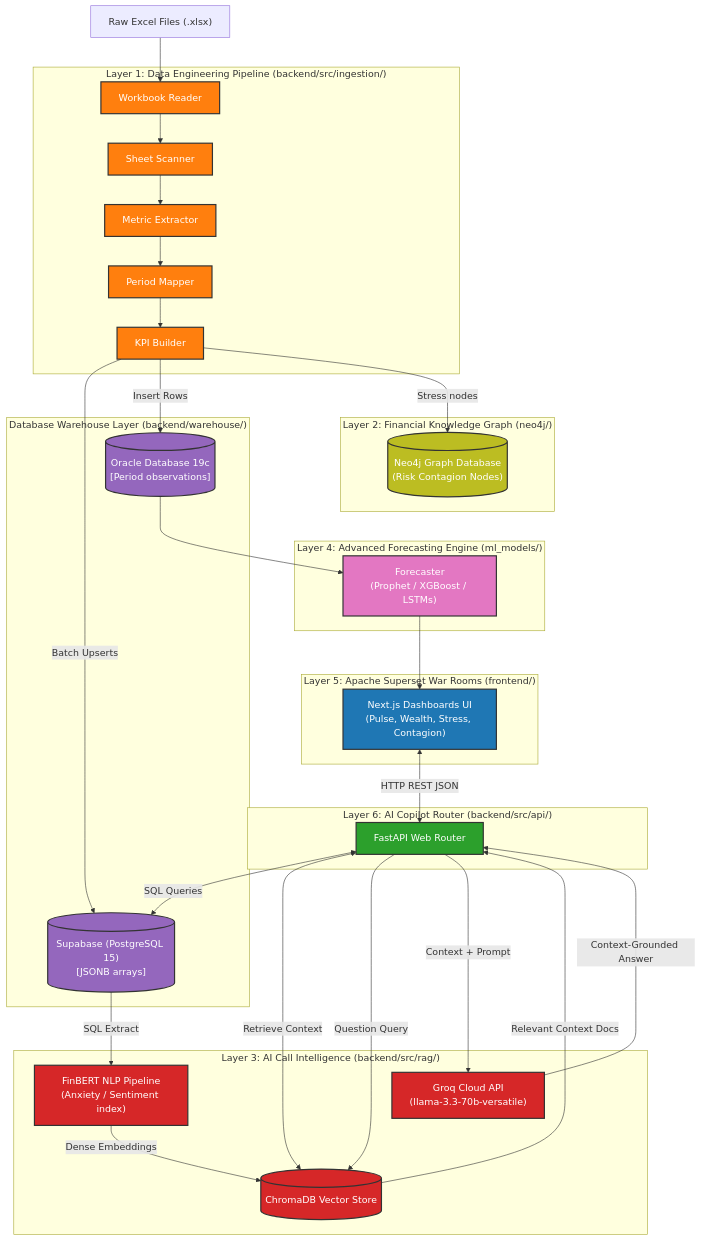
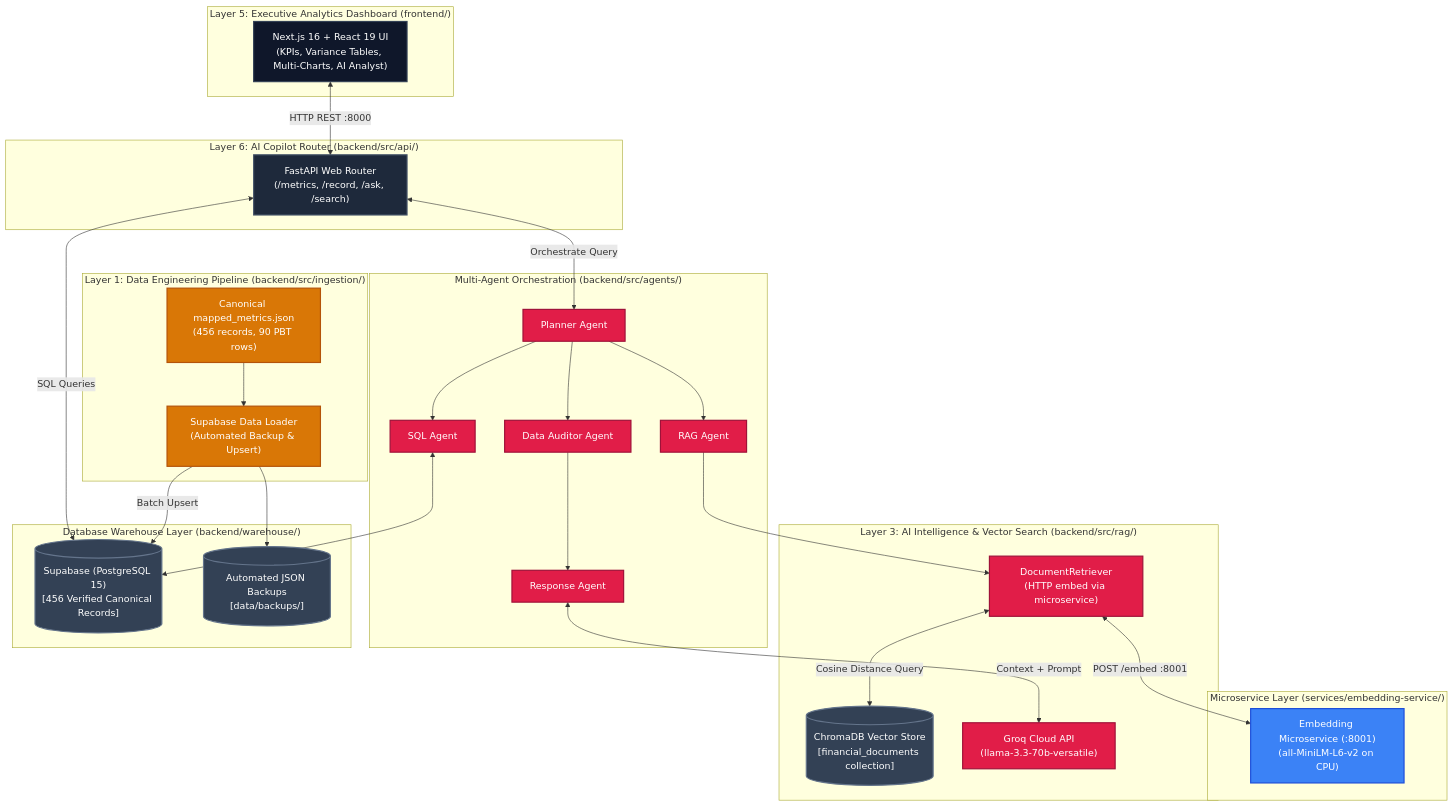
One commit to VED-VIVEK-TALMALEY/quantumlens-HSBC changed the first of 2 diagrams in docs/architecture/architecture.md. Above: the diagram before and after it, drawn with Mermaid. The commit also changed other lines of this file and 4 other files, not shown here.

Commit message:
docs: update all architecture diagrams, tabular matrices, and changelogs for v10.0.0

````diff
--- a/docs/architecture/architecture.md
+++ b/docs/architecture/architecture.md
@@ -19,84 +19,75 @@
 ```mermaid
 graph TD
     %% Define Nodes
-    subgraph ClientLayer ["Layer 5: Apache Superset War Rooms (frontend/)"]
-        UI["Next.js Dashboards UI<br>(Pulse, Wealth, Stress, Contagion)"]
+    subgraph ClientLayer ["Layer 5: Executive Analytics Dashboard (frontend/)"]
+        UI["Next.js 16 + React 19 UI<br>(KPIs, Variance Tables, Multi-Charts, AI Analyst)"]
     end
 
     subgraph APILayer ["Layer 6: AI Copilot Router (backend/src/api/)"]
-        FastAPI["FastAPI Web Router"]
+        FastAPI["FastAPI Web Router<br>(/metrics, /record, /ask, /search)"]
     end
 
-    subgraph ForecastingLayer ["Layer 4: Advanced Forecasting Engine (ml_models/)"]
-        Forecast["Forecaster<br>(Prophet / XGBoost / LSTMs)"]
+    subgraph MicroserviceLayer ["Microservice Layer (services/embedding-service/)"]
+        EmbedSvc["Embedding Microservice (:8001)<br>(all-MiniLM-L6-v2 on CPU)"]
     end
 
-    subgraph AILayer ["Layer 3: AI Call Intelligence (backend/src/rag/)"]
-        Chroma[("ChromaDB Vector Store")]
-        FinBERT["FinBERT NLP Pipeline<br>(Anxiety / Sentiment index)"]
+    subgraph AILayer ["Layer 3: AI Intelligence & Vector Search (backend/src/rag/)"]
+        Chroma[("ChromaDB Vector Store<br>[financial_documents collection]")]
+        Retriever["DocumentRetriever<br>(HTTP embed via microservice)"]
         Groq["Groq Cloud API<br>(llama-3.3-70b-versatile)"]
     end
 
-    subgraph KnowledgeGraph ["Layer 2: Financial Knowledge Graph (neo4j/)"]
-        Neo4j[("Neo4j Graph Database<br>(Risk Contagion Nodes)")]
+    subgraph OrchestrationLayer ["Multi-Agent Orchestration (backend/src/agents/)"]
+        Planner["Planner Agent"]
+        SQLAgent["SQL Agent"]
+        RAGAgent["RAG Agent"]
+        Auditor["Data Auditor Agent"]
+        RespAgent["Response Agent"]
     end
 
     subgraph DataEngineering ["Layer 1: Data Engineering Pipeline (backend/src/ingestion/)"]
-        Reader["Workbook Reader"]
-        Scanner["Sheet Scanner"]
-        Extractor["Metric Extractor"]
-        Mapper["Period Mapper"]
-        Builder["KPI Builder"]
+        CanonicalJSON["Canonical mapped_metrics.json<br>(456 records, 90 PBT rows)"]
+        DataLoader["Supabase Data Loader<br>(Automated Backup & Upsert)"]
     end
 
     subgraph StorageLayer ["Database Warehouse Layer (backend/warehouse/)"]
-        Supabase[("Supabase (PostgreSQL 15)<br>[JSONB arrays]")]
-        Oracle[("Oracle Database 19c<br>[Period observations]")]
+        Supabase[("Supabase (PostgreSQL 15)<br>[456 Verified Canonical Records]")]
+        Backups[("Automated JSON Backups<br>[data/backups/]")]
     end
 
     %% Define Connections
-    UI <-->|HTTP REST JSON| FastAPI
+    UI <-->|HTTP REST :8000| FastAPI
     FastAPI <-->|SQL Queries| Supabase
-    FastAPI <-->|Retrieve Context| Chroma
+    FastAPI <-->|Orchestrate Query| Planner
     
-    %% Ingestion Flow
-    xlsx["Raw Excel Files (.xlsx)"] --> Reader
-    Reader --> Scanner
-    Scanner --> Extractor
-    Extractor --> Mapper
-    Mapper --> Builder
-    Builder -->|Batch Upserts| Supabase
-    Builder -->|Insert Rows| Oracle
-    Builder -->|Stress nodes| Neo4j
+    Planner --> SQLAgent
+    Planner --> RAGAgent
+    SQLAgent <--> Supabase
+    RAGAgent --> Retriever
     
-    %% Vector Ingestion Flow
-    Supabase -->|SQL Extract| FinBERT
-    FinBERT -->|Dense Embeddings| Chroma
+    Retriever <-->|POST /embed :8001| EmbedSvc
+    Retriever <-->|Cosine Distance Query| Chroma
     
-    %% RAG Pipeline Flow
-    FastAPI -->|Question Query| Chroma
-    Chroma -->|Relevant Context Docs| FastAPI
-    FastAPI -->|Context + Prompt| Groq
-    Groq -->|Context-Grounded Answer| FastAPI
+    Planner --> Auditor
+    Auditor --> RespAgent
+    RespAgent <-->|Context + Prompt| Groq
     
-    %% Forecasting Connection
-    Oracle --> Forecast
-    Forecast --> UI
-    
+    DataLoader --> Backups
+    DataLoader -->|Batch Upsert| Supabase
+    CanonicalJSON --> DataLoader
+
     %% Styles
-    classDef client fill:#1f77b4,stroke:#333,stroke-width:2px,color:#fff;
-    classDef api fill:#2ca02c,stroke:#333,stroke-width:2px,color:#fff;
-    classDef storage fill:#9467bd,stroke:#333,stroke-width:2px,color:#fff;
-    classDef etl fill:#ff7f0e,stroke:#333,stroke-width:2px,color:#fff;
-    classDef ai fill:#d62728,stroke:#333,stroke-width:2px,color:#fff;
-    classDef forecast fill:#e377c2,stroke:#333,stroke-width:2px,color:#fff;
-    classDef kg fill:#bcbd22,stroke:#333,stroke-width:2px,color:#fff;
-    
+    classDef client fill:#0f172a,stroke:#334155,stroke-width:2px,color:#fff;
+    classDef api fill:#1e293b,stroke:#475569,stroke-width:2px,color:#fff;
+    classDef embed fill:#3b82f6,stroke:#1d4ed8,stroke-width:2px,color:#fff;
+    classDef storage fill:#334155,stroke:#64748b,stroke-width:2px,color:#fff;
+    classDef ai fill:#e11d48,stroke:#9f1239,stroke-width:2px,color:#fff;
+    classDef etl fill:#d97706,stroke:#b45309,stroke-width:2px,color:#fff;
+
     class UI client;
     class FastAPI api;
-    class Reader,Scanner,Extractor,Mapper,Builder etl;
-    class Supabase,Oracle storage;
-    class Chroma,FinBERT,Groq ai;
-    class Forecast forecast;
-    class Neo4j kg;
+    class EmbedSvc embed;
+    class Supabase,Backups,Chroma storage;
+    class Retriever,Groq,Planner,SQLAgent,RAGAgent,Auditor,RespAgent ai;
+    class CanonicalJSON,DataLoader etl;
 ```
````
